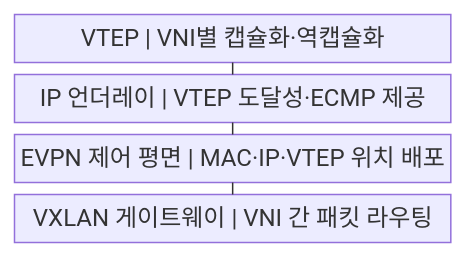
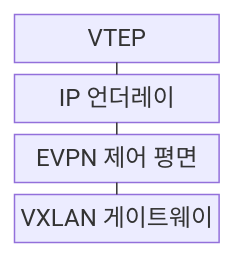
One commit to agnusdei1207/knowledge-base changed the first of 2 diagrams in src/content/docs/notes/04-network/059_vxlan_overlay.md. Above: the diagram before and after it, drawn with Mermaid. The commit also changed other lines of this file and 122 other files, not shown here.

````diff
--- a/src/content/docs/notes/04-network/059_vxlan_overlay.md
+++ b/src/content/docs/notes/04-network/059_vxlan_overlay.md
@@ -57,11 +57,11 @@
 ```mermaid
-block
+block-beta
     columns 1
-    A["VTEP | VNI별 캡슐화·역캡슐화"]
-    B["IP 언더레이 | VTEP 도달성·ECMP 제공"]
-    C["EVPN 제어 평면 | MAC·IP·VTEP 위치 배포"]
-    D["VXLAN 게이트웨이 | VNI 간 패킷 라우팅"]
+    A["VTEP"]
+    B["IP 언더레이"]
+    C["EVPN 제어 평면"]
+    D["VXLAN 게이트웨이"]
     A --- B
     B --- C
     C --- D
 ```
````
